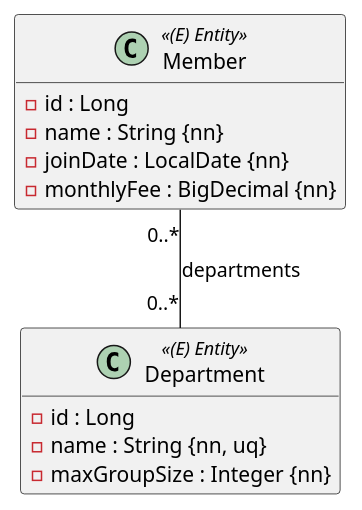
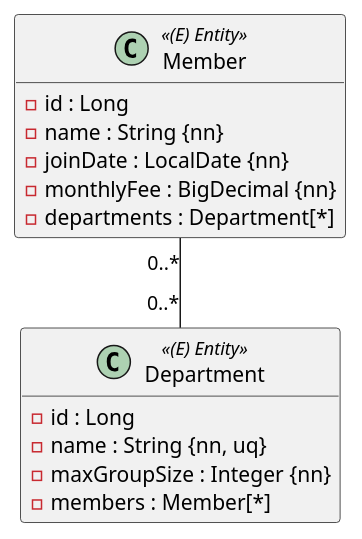
Before and after one commit to SJ2627-POS-Lernwerkstatt/SJ2627-POS-Lernwerkstatt.github.io: the diagram in src/content/pruefungen/exercises/03-sportverein.md, drawn with PlantUML. The commit also changed 3 other files, not shown here.

Commit message:
fix: exam UML 1-4 shows every reference as an attribute (Type[*] for collections); one-way relations as directed edges

````diff
--- a/src/content/pruefungen/exercises/03-sportverein.md
+++ b/src/content/pruefungen/exercises/03-sportverein.md
@@ -36,20 +36,22 @@
 ```plantuml
 @startuml
 hide empty methods
 
 class Member <<(E) Entity>> {
   - id : Long
   - name : String {nn}
   - joinDate : LocalDate {nn}
   - monthlyFee : BigDecimal {nn}
+  - departments : Department[*]
 }
 
 class Department <<(E) Entity>> {
   - id : Long
   - name : String {nn, uq}
   - maxGroupSize : Integer {nn}
+  - members : Member[*]
 }
 
-Member "0..*" -- "0..*" Department : departments
+Member "0..*" -- "0..*" Department
 @enduml
 ```
````
